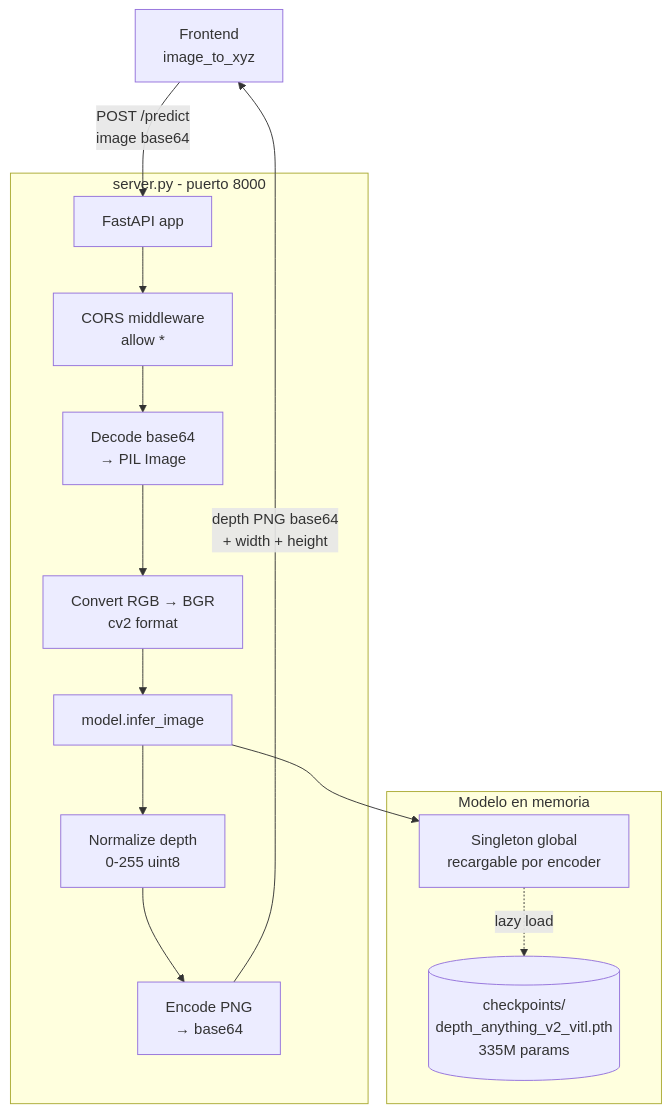
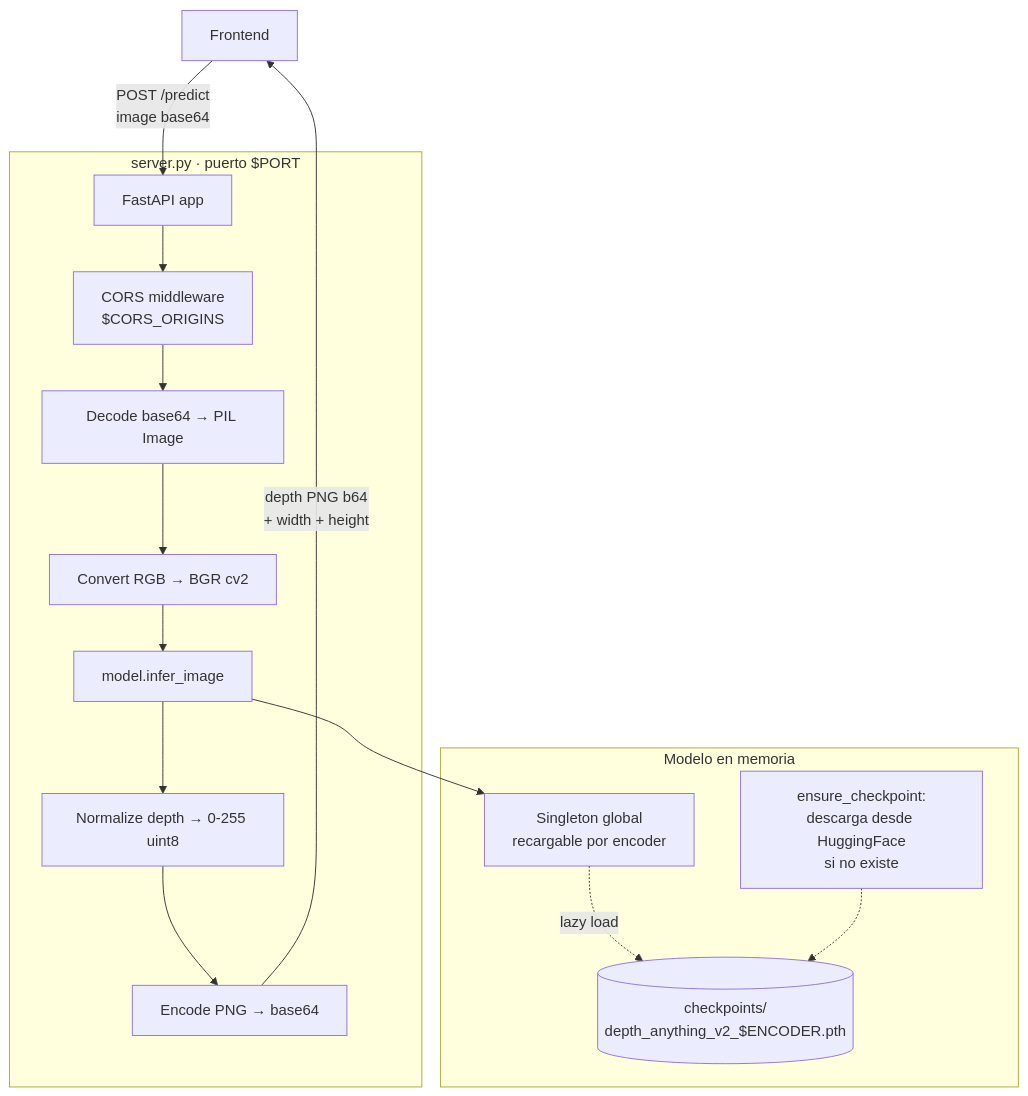
One commit to Jjat00/image_to_xyz changed the diagram in backend/README.md. Above: the diagram before and after it, drawn with Mermaid. The commit also changed other lines of this file and 1 other file, not shown here.

First line of the commit message:
docs: live demo URLs, MODEL_ENCODER table, deploy steps and depth→xyz math

````diff
--- a/backend/README.md
+++ b/backend/README.md
@@ -19,31 +37,33 @@
 ```mermaid
 flowchart TD
-    Client[Frontend<br/>image_to_xyz]
+    Client[Frontend]
     Client -->|POST /predict<br/>image base64| FastAPI
 
-    subgraph Server[server.py - puerto 8000]
+    subgraph Server[server.py · puerto $PORT]
         FastAPI[FastAPI app]
-        CORS[CORS middleware<br/>allow *]
-        Decode[Decode base64<br/>→ PIL Image]
-        BGR[Convert RGB → BGR<br/>cv2 format]
+        CORS[CORS middleware<br/>$CORS_ORIGINS]
+        Decode[Decode base64 → PIL Image]
+        BGR[Convert RGB → BGR cv2]
         Infer[model.infer_image]
-        Norm[Normalize depth<br/>0-255 uint8]
-        Encode[Encode PNG<br/>→ base64]
+        Norm[Normalize depth → 0-255 uint8]
+        Encode[Encode PNG → base64]
 
         FastAPI --> CORS
         CORS --> Decode
         Decode --> BGR
         BGR --> Infer
         Infer --> Norm
         Norm --> Encode
     end
 
     subgraph Model[Modelo en memoria]
         Singleton[Singleton global<br/>recargable por encoder]
-        Weights[(checkpoints/<br/>depth_anything_v2_vitl.pth<br/>335M params)]
+        Weights[(checkpoints/<br/>depth_anything_v2_$ENCODER.pth)]
         Singleton -.lazy load.-> Weights
+        Download[ensure_checkpoint:<br/>descarga desde HuggingFace<br/>si no existe]
+        Download -.-> Weights
     end
 
     Infer --> Singleton
-    Encode -->|depth PNG base64<br/>+ width + height| Client
+    Encode -->|depth PNG b64<br/>+ width + height| Client
 ```
````
